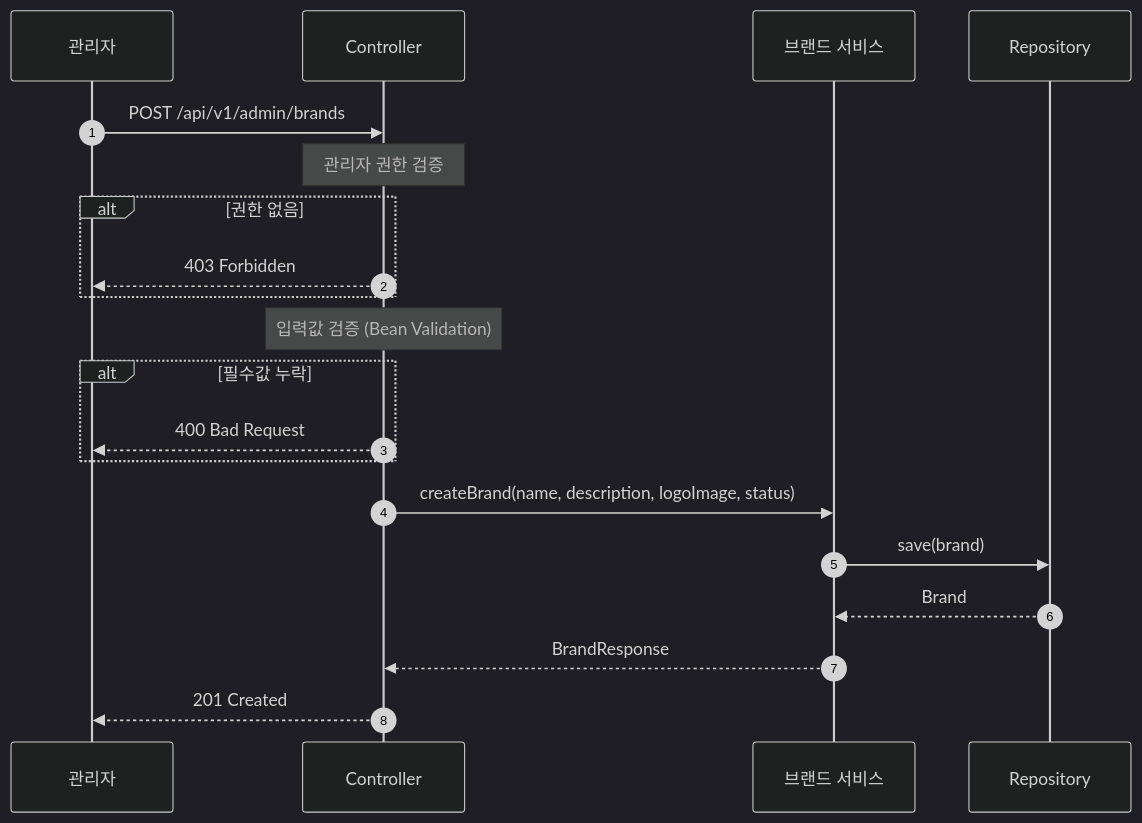
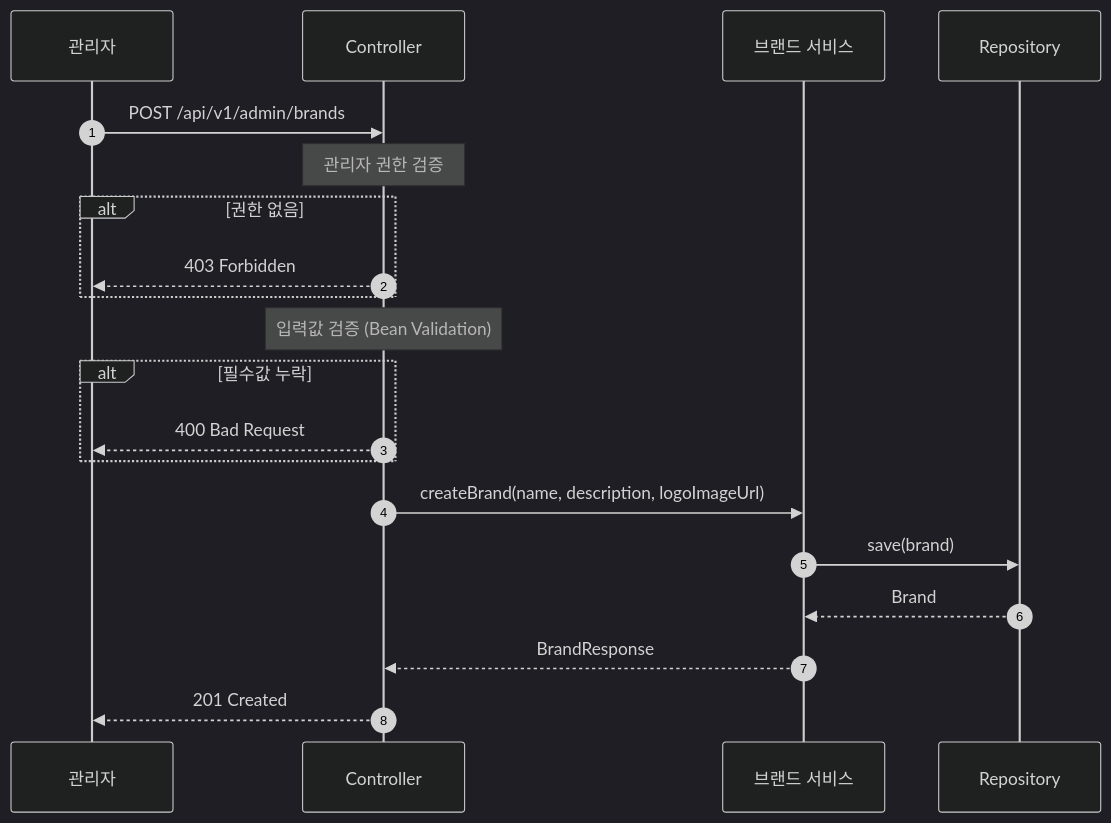
The sixth of 16 diagrams in docs/design/02-sequence-diagram.md (letter333/loop-pack-be-l2-vol3-java), drawn with Mermaid (dark theme) before and after one commit. The commit also changed other lines of this file and 3 other files, not shown here.

````diff
--- a/docs/design/02-sequence-diagram.md
+++ b/docs/design/02-sequence-diagram.md
@@ -197,28 +187,28 @@
 ```mermaid
 sequenceDiagram
     autonumber
     participant Admin as 관리자
     participant Controller
     participant BrandService as 브랜드 서비스
     participant Repository
 
     Admin->>Controller: POST /api/v1/admin/brands
     Note over Controller: 관리자 권한 검증
 
     alt 권한 없음
         Controller-->>Admin: 403 Forbidden
     end
 
     Note over Controller: 입력값 검증 (Bean Validation)
 
     alt 필수값 누락
         Controller-->>Admin: 400 Bad Request
     end
 
-    Controller->>BrandService: createBrand(name, description, logoImage, status)
+    Controller->>BrandService: createBrand(name, description, logoImageUrl)
 
     BrandService->>Repository: save(brand)
     Repository-->>BrandService: Brand
     BrandService-->>Controller: BrandResponse
     Controller-->>Admin: 201 Created
 ```
````
